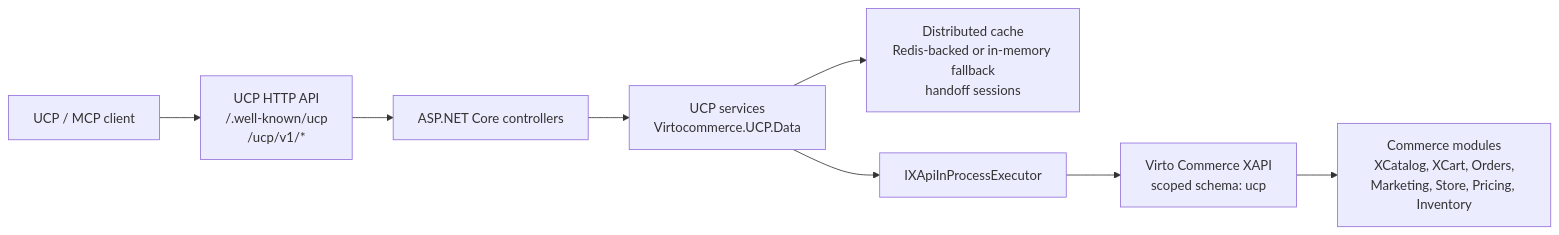
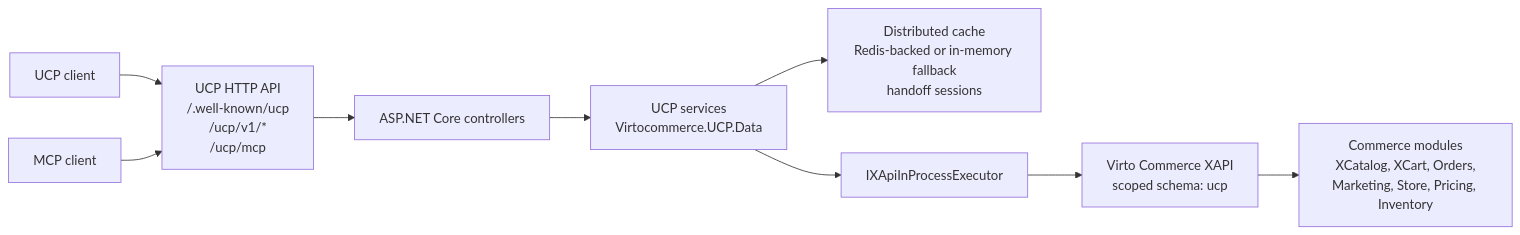
Before and after one commit to VirtoCommerce/vc-module-u-c-p: the diagram in README.md, drawn with Mermaid. The commit also changed other lines of this file and 7 other files, not shown here.

````diff
--- a/README.md
+++ b/README.md
@@ -40,19 +42,21 @@
 ```mermaid
 flowchart LR
-    Client["UCP / MCP client"]
-    UcpHttp["UCP HTTP API<br/>/.well-known/ucp<br/>/ucp/v1/*"]
+    Client["UCP client"]
+    McpClient["MCP client"]
+    UcpHttp["UCP HTTP API<br/>/.well-known/ucp<br/>/ucp/v1/*<br/>/ucp/mcp"]
     Controllers["ASP.NET Core controllers"]
     Services["UCP services<br/>Virtocommerce.UCP.Data"]
     Cache["Distributed cache<br/>Redis-backed or in-memory fallback<br/>handoff sessions"]
     Executor["IXApiInProcessExecutor"]
     XApi["Virto Commerce XAPI<br/>scoped schema: ucp"]
     Modules["Commerce modules<br/>XCatalog, XCart, Orders,<br/>Marketing, Store, Pricing, Inventory"]
 
     Client --> UcpHttp
+    McpClient --> UcpHttp
     UcpHttp --> Controllers
     Controllers --> Services
     Services --> Cache
     Services --> Executor
     Executor --> XApi
     XApi --> Modules
 ```
````
